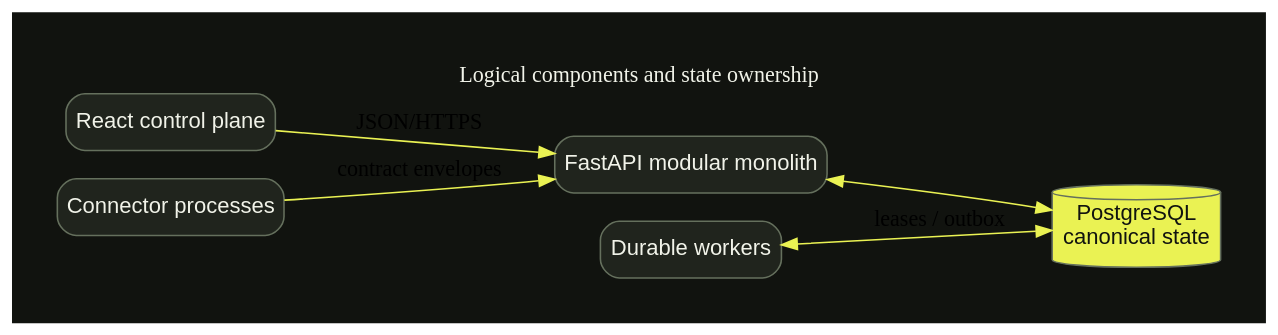
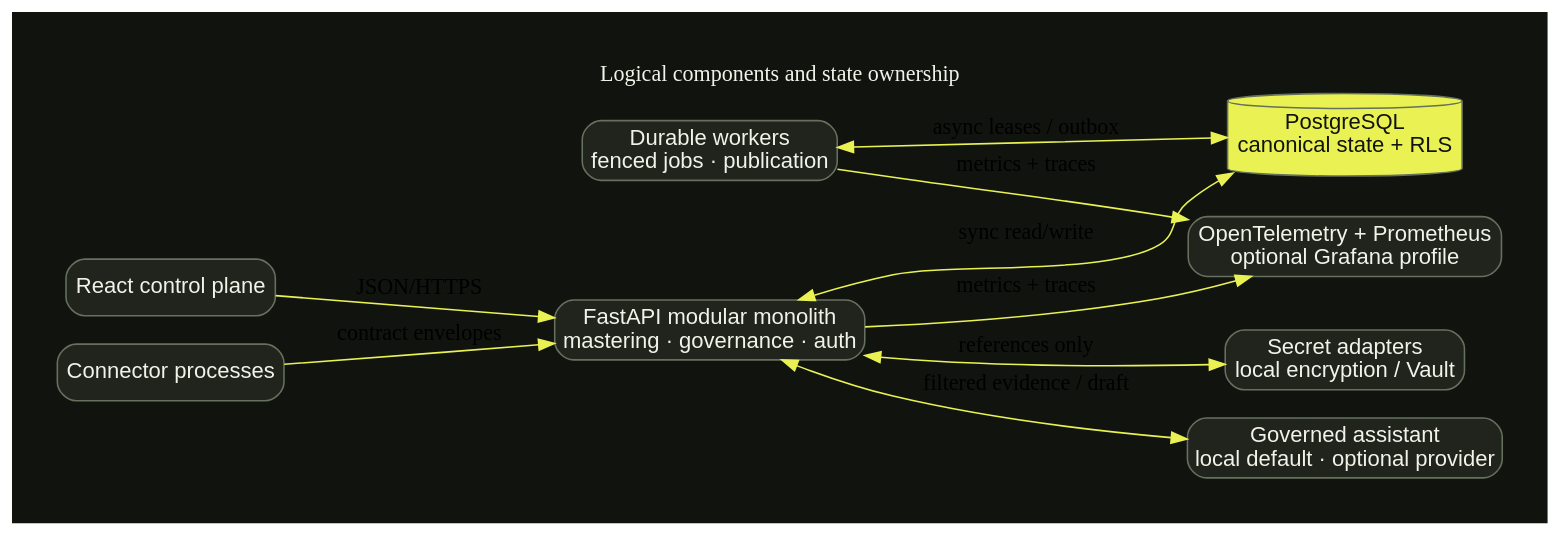
One commit to dlamaro96/recordlane changed the diagram in assets/diagrams/src/logical-components.dot. Above: the diagram before and after it, drawn with Graphviz. The commit also changed 185 other files, not shown here.

```diff
--- a/assets/diagrams/src/logical-components.dot
+++ b/assets/diagrams/src/logical-components.dot
@@ -1,1 +1,1 @@
-digraph G { graph [label="Logical components and state ownership",labelloc=t,bgcolor="#11130f",fontcolor="#f1f3e9",pad=.4,rankdir=LR]; node [shape=box,style="rounded,filled",fillcolor="#20241d",color="#65705d",fontcolor="#f1f3e9",fontname="Arial"]; edge [color="#eaf253"]; Web [label="React control plane"]; API [label="FastAPI modular monolith"]; Worker [label="Durable workers"]; DB [shape=cylinder,label="PostgreSQL\ncanonical state",fillcolor="#eaf253",fontcolor="#11130f"]; Plugins [label="Connector processes"]; Web -> API [label="JSON/HTTPS"]; API -> DB [dir=both]; Worker -> DB [dir=both,label="leases / outbox"]; Plugins -> API [label="contract envelopes"]; }
+digraph G { graph [label="Logical components and state ownership",labelloc=t,bgcolor="#11130f",fontcolor="#f1f3e9",pad=.4,rankdir=LR]; node [shape=box,style="rounded,filled",fillcolor="#20241d",color="#65705d",fontcolor="#f1f3e9",fontname="Arial"]; edge [color="#eaf253"]; Web [label="React control plane"]; API [label="FastAPI modular monolith\nmastering · governance · auth"]; Worker [label="Durable workers\nfenced jobs · publication"]; DB [shape=cylinder,label="PostgreSQL\ncanonical state + RLS",fillcolor="#eaf253",fontcolor="#11130f"]; Plugins [label="Connector processes"]; Secrets [label="Secret adapters\nlocal encryption / Vault"]; Telemetry [label="OpenTelemetry + Prometheus\noptional Grafana profile"]; Assistant [label="Governed assistant\nlocal default · optional provider"]; Web -> API [label="JSON/HTTPS"]; API -> DB [dir=both,label="sync read/write"]; Worker -> DB [dir=both,label="async leases / outbox"]; Plugins -> API [label="contract envelopes"]; API -> Secrets [dir=both,label="references only"]; API -> Assistant [dir=both,label="filtered evidence / draft"]; API -> Telemetry [label="metrics + traces"]; Worker -> Telemetry [label="metrics + traces"]; }
```
